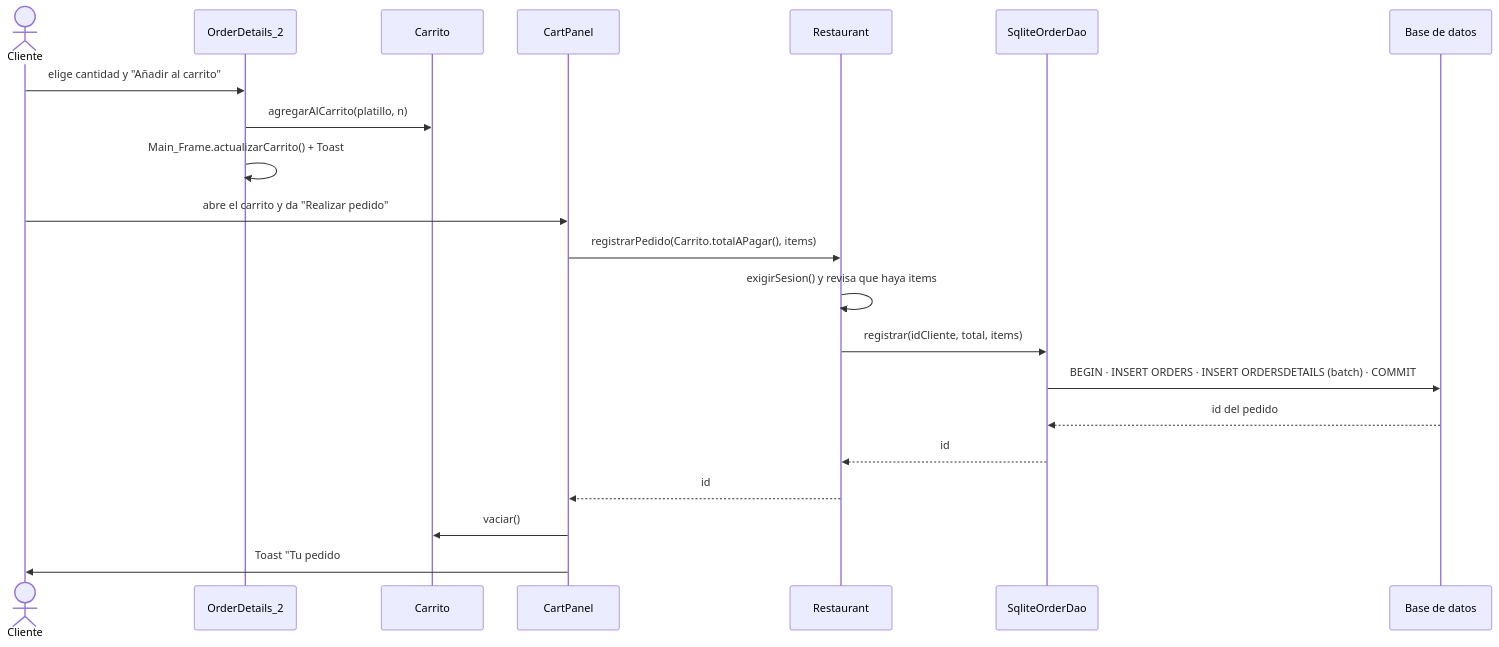
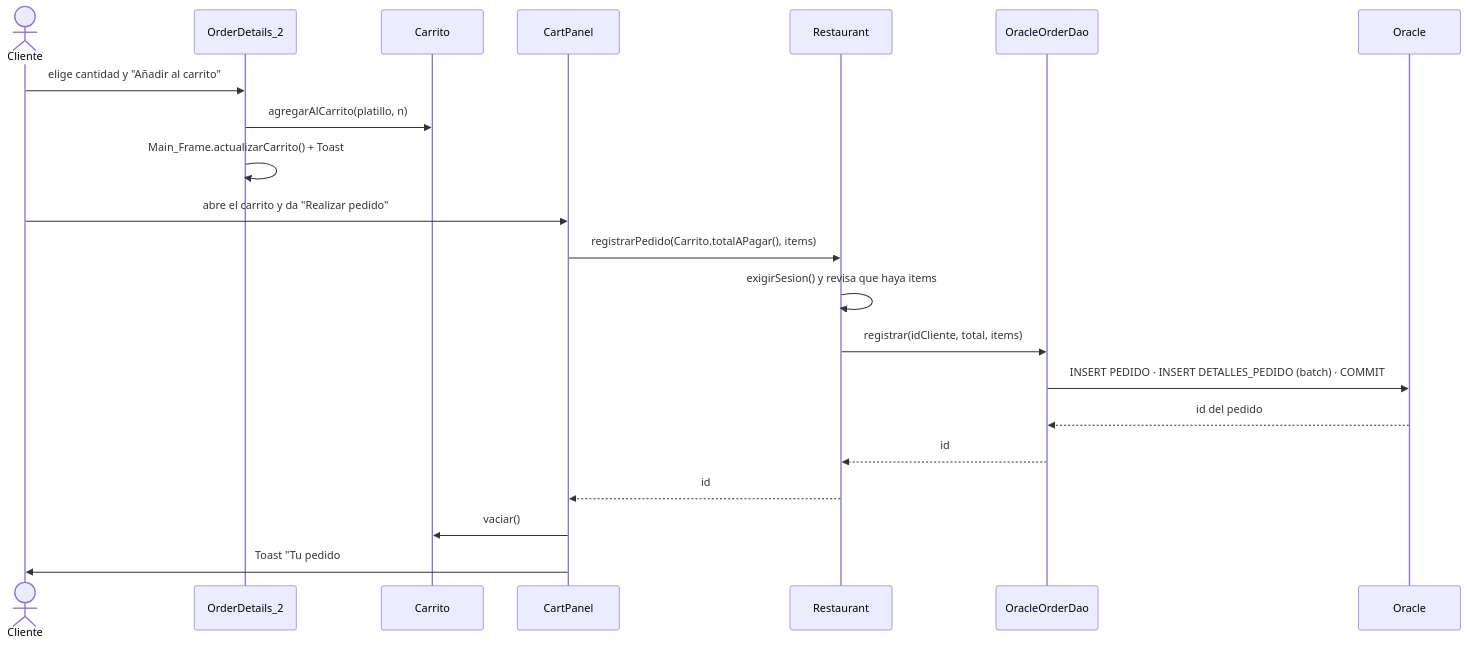
The fourth of 5 diagrams in docs/REFERENCIA_TECNICA.md (Jesusjes00/Le-cartoon-Gourtmet), drawn with Mermaid before and after one commit. The commit also changed other lines of this file and 13 other files, not shown here.

Commit message:
Solo Oracle: se elimina SQLite (DAOs, sqlite-jdbc, Restaurant.db) y las reseñas se guardan en PEDIDO.CALIFICACION/RESENA

````diff
--- a/docs/REFERENCIA_TECNICA.md
+++ b/docs/REFERENCIA_TECNICA.md
@@ -714,24 +730,24 @@
 ```mermaid
 sequenceDiagram
     actor C as Cliente
     participant P as OrderDetails_2
     participant K as Carrito
     participant CP as CartPanel
     participant R as Restaurant
-    participant D as SqliteOrderDao
-    participant DB as Base de datos
+    participant D as OracleOrderDao
+    participant DB as Oracle
 
     C->>P: elige cantidad y "Añadir al carrito"
     P->>K: agregarAlCarrito(platillo, n)
     P->>P: Main_Frame.actualizarCarrito() + Toast
     C->>CP: abre el carrito y da "Realizar pedido"
     CP->>R: registrarPedido(Carrito.totalAPagar(), items)
     R->>R: exigirSesion() y revisa que haya items
     R->>D: registrar(idCliente, total, items)
-    D->>DB: BEGIN · INSERT ORDERS · INSERT ORDERSDETAILS (batch) · COMMIT
+    D->>DB: INSERT PEDIDO · INSERT DETALLES_PEDIDO (batch) · COMMIT
     DB-->>D: id del pedido
     D-->>R: id
     R-->>CP: id
     CP->>K: vaciar()
     CP->>C: Toast "Tu pedido #id fue realizado" y regresa al inicio
 ```
````
